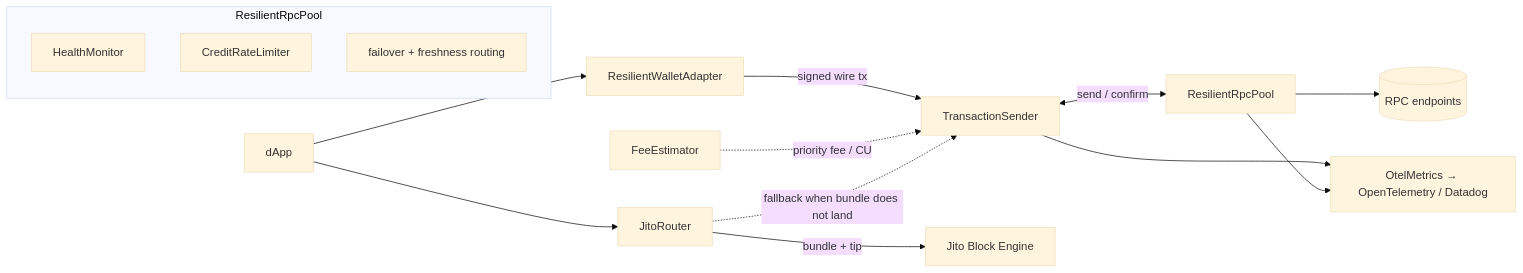
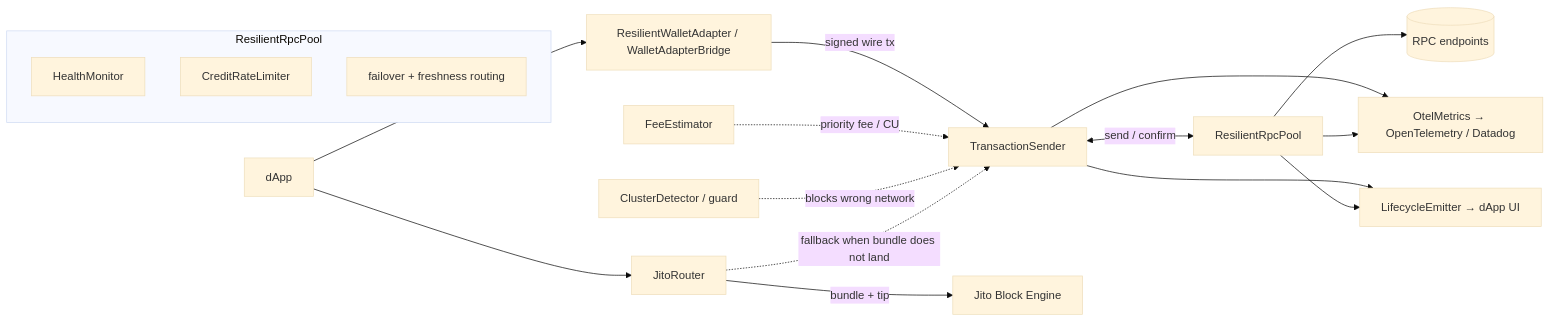
One commit to mihailShumilov/solana-rpc-sdk changed the diagram in README.md. Above: the diagram before and after it, drawn with Mermaid (base theme). The commit also changed other lines of this file and 8 other files, not shown here.

````diff
--- a/README.md
+++ b/README.md
@@ -78,20 +113,23 @@
 ```mermaid
 flowchart LR
-  dApp[dApp] --> WA[ResilientWalletAdapter]
+  dApp[dApp] --> WA[ResilientWalletAdapter / WalletAdapterBridge]
   WA -->|signed wire tx| TS[TransactionSender]
   TS <-->|send / confirm| POOL[ResilientRpcPool]
   subgraph POOL_INTERNALS [ResilientRpcPool]
     HM[HealthMonitor]
     RL[CreditRateLimiter]
     FO[failover + freshness routing]
   end
   POOL --> EP[(RPC endpoints)]
   FE[FeeEstimator] -.priority fee / CU.-> TS
+  CG[ClusterDetector / guard] -.blocks wrong network.-> TS
 
   dApp --> JR[JitoRouter]
   JR -->|bundle + tip| BE[Jito Block Engine]
   JR -.fallback when bundle does not land.-> TS
 
   TS --> M[OtelMetrics → OpenTelemetry / Datadog]
   POOL --> M
+  TS --> EV[LifecycleEmitter → dApp UI]
+  POOL --> EV
 ```
````
